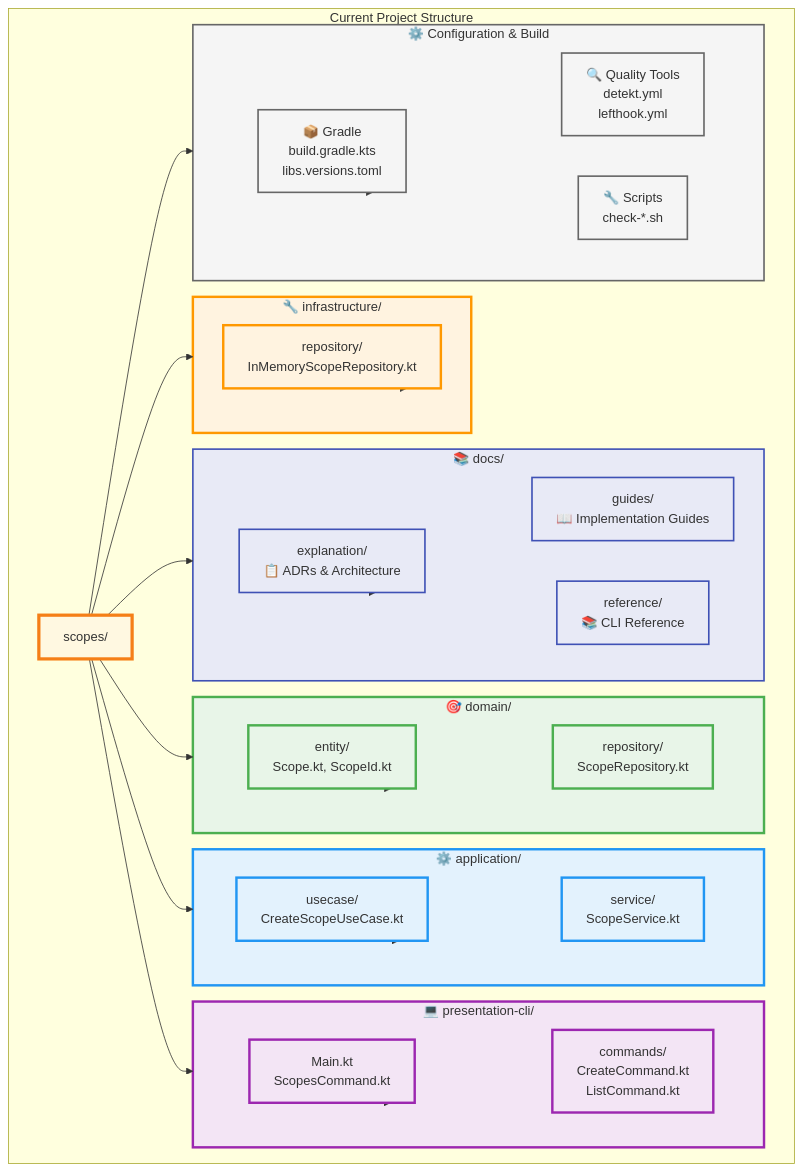
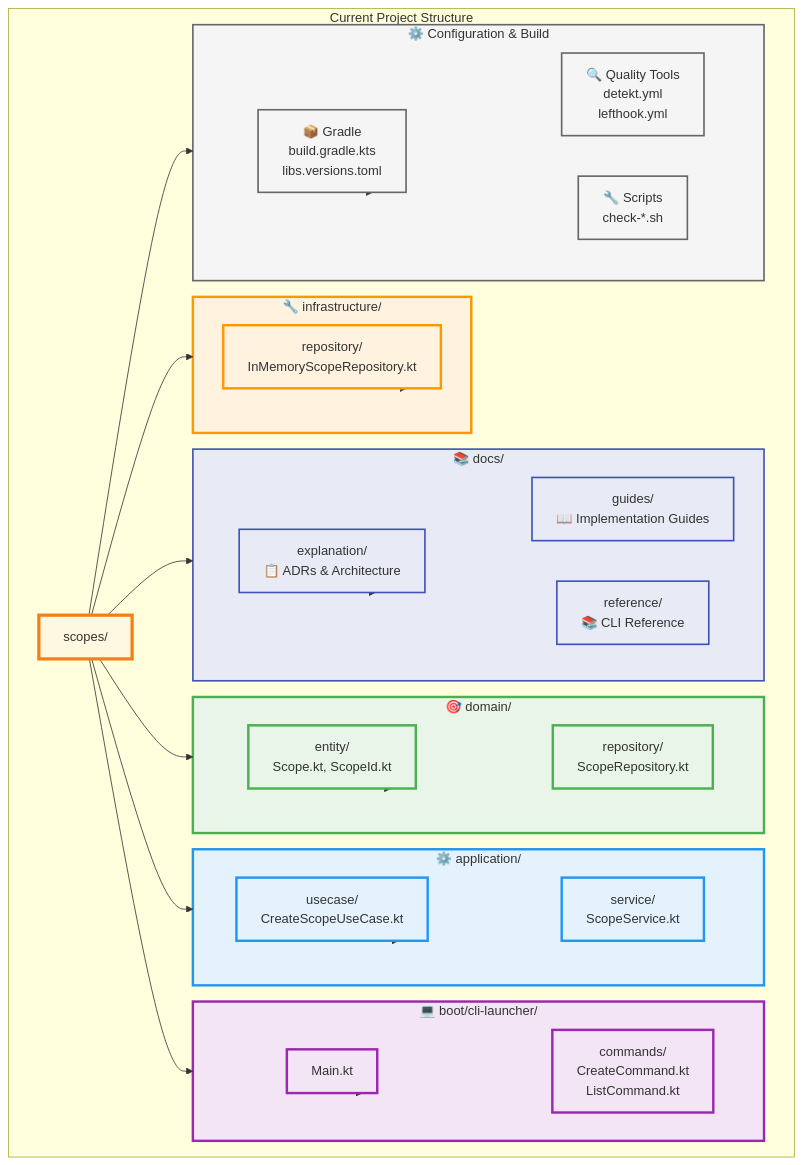
The first of 6 diagrams in docs/guides/architecture-implementation.md (kamiazya/scopes), drawn with Mermaid before and after one commit. The commit also changed other lines of this file and 387 other files, not shown here.

````diff
--- a/docs/guides/architecture-implementation.md
+++ b/docs/guides/architecture-implementation.md
@@ -10,79 +10,79 @@
 ```mermaid
 flowchart TD
         subgraph "Current Project Structure"
             ROOT[scopes/]
 
             subgraph DOCS["📚 docs/"]
                 DOCS_EXP[explanation/<br/>📋 ADRs & Architecture]
                 DOCS_GUIDES[guides/<br/>📖 Implementation Guides]
                 DOCS_REF[reference/<br/>📚 CLI Reference]
             end
 
             subgraph DOM["🎯 domain/"]
                 DOM_ENT[entity/<br/>Scope.kt, ScopeId.kt]
                 DOM_REP[repository/<br/>ScopeRepository.kt]
             end
 
             subgraph APP["⚙️ application/"]
                 APP_USE[usecase/<br/>CreateScopeUseCase.kt]
                 APP_SRV[service/<br/>ScopeService.kt]
             end
 
             subgraph INF["🔧 infrastructure/"]
                 INF_REP[repository/<br/>InMemoryScopeRepository.kt]
             end
 
-            subgraph CLI["💻 presentation-cli/"]
-                CLI_MAIN[Main.kt<br/>ScopesCommand.kt]
+            subgraph CLI["💻 boot/cli-launcher/"]
+                CLI_MAIN[Main.kt]
                 CLI_CMD[commands/<br/>CreateCommand.kt<br/>ListCommand.kt]
             end
 
             subgraph CONFIG["⚙️ Configuration & Build"]
                 GRADLE[📦 Gradle<br/>build.gradle.kts<br/>libs.versions.toml]
                 QUALITY[🔍 Quality Tools<br/>detekt.yml<br/>lefthook.yml]
                 SCRIPTS[🔧 Scripts<br/>check-*.sh]
             end
 
             ROOT --> DOCS
             ROOT --> DOM
             ROOT --> APP
             ROOT --> INF
             ROOT --> CLI
             ROOT --> CONFIG
 
             DOCS --> DOCS_EXP
             DOCS --> DOCS_GUIDES
             DOCS --> DOCS_REF
 
             DOM --> DOM_ENT
             DOM --> DOM_REP
 
             APP --> APP_USE
             APP --> APP_SRV
 
             INF --> INF_REP
 
             CLI --> CLI_MAIN
             CLI --> CLI_CMD
 
             CONFIG --> GRADLE
             CONFIG --> QUALITY
             CONFIG --> SCRIPTS
         end
 
         classDef domain fill:#e8f5e8,stroke:#4caf50,stroke-width:3px
         classDef application fill:#e3f2fd,stroke:#2196f3,stroke-width:3px
         classDef infrastructure fill:#fff3e0,stroke:#ff9800,stroke-width:3px
         classDef presentation fill:#f3e5f5,stroke:#9c27b0,stroke-width:3px
         classDef docs fill:#e8eaf6,stroke:#3f51b5,stroke-width:2px
         classDef config fill:#f5f5f5,stroke:#666,stroke-width:2px
         classDef root fill:#fff8e1,stroke:#f57f17,stroke-width:4px
 
         class DOM,DOM_ENT,DOM_REP domain
         class APP,APP_USE,APP_SRV application
         class INF,INF_REP infrastructure
         class CLI,CLI_MAIN,CLI_CMD presentation
         class DOCS,DOCS_EXP,DOCS_GUIDES,DOCS_REF docs
         class CONFIG,GRADLE,QUALITY,SCRIPTS config
         class ROOT root
 ```
````
